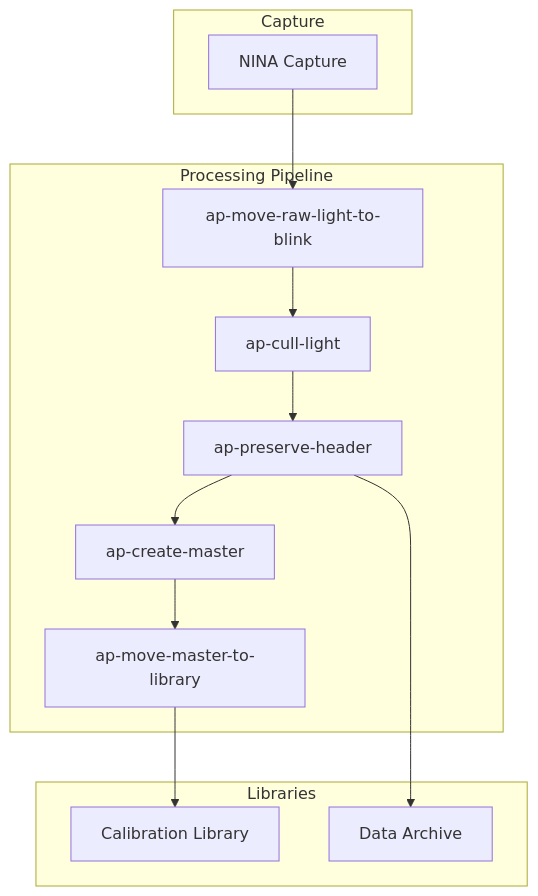
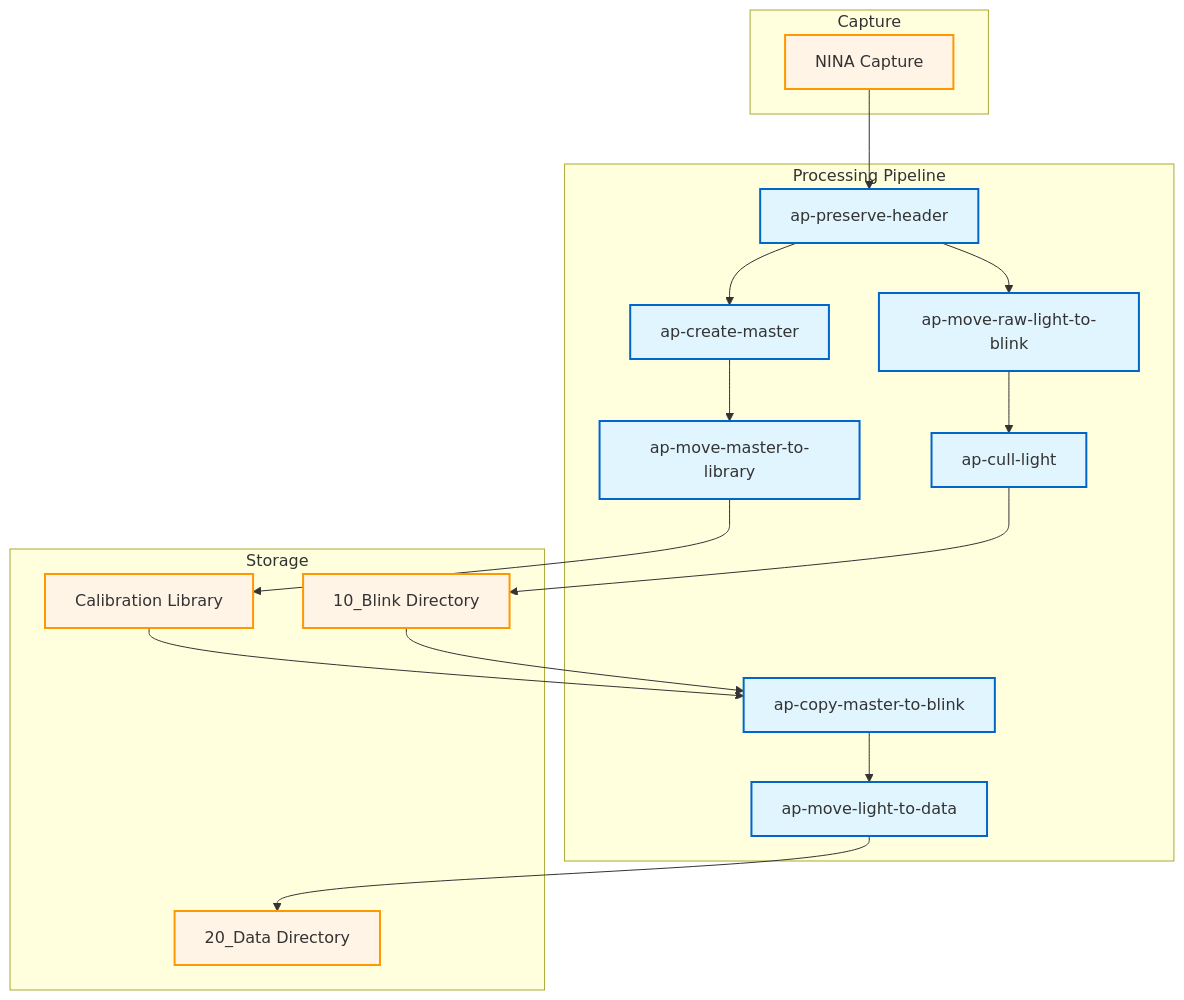
One commit to jewzaam/ap-base changed the diagram in docs/index.md. Above: the diagram before and after it, drawn with Mermaid. The commit also changed other lines of this file and 9 other files, not shown here.

````diff
--- a/docs/index.md
+++ b/docs/index.md
@@ -9,27 +9,40 @@
 ```mermaid
 flowchart TB
     subgraph Capture
         NINA[NINA Capture]
     end
 
     subgraph Processing["Processing Pipeline"]
+        PH[ap-preserve-header]
         ML[ap-move-raw-light-to-blink]
         CL[ap-cull-light]
-        FH[ap-preserve-header]
         MC[ap-create-master]
         MV[ap-move-master-to-library]
+        CP[ap-copy-master-to-blink]
+        MD[ap-move-light-to-data]
     end
 
-    subgraph Libraries
+    subgraph Storage["Storage"]
+        BLINK[10_Blink Directory]
         CAL[Calibration Library]
-        DATA[Data Archive]
+        DATA[20_Data Directory]
     end
 
-    NINA --> ML
+    NINA --> PH
+    PH --> ML
+    PH --> MC
     ML --> CL
-    CL --> FH
-    FH --> MC
+    CL --> BLINK
     MC --> MV
     MV --> CAL
-    FH --> DATA
+    CAL --> CP
+    BLINK --> CP
+    CP --> MD
+    MD --> DATA
+
+    classDef processStyle fill:#e1f5ff,stroke:#0066cc,stroke-width:2px
+    classDef dataStyle fill:#fff4e6,stroke:#ff9800,stroke-width:2px
+
+    class PH,ML,CL,MC,MV,CP,MD processStyle
+    class NINA,BLINK,CAL,DATA dataStyle
 ```
````
